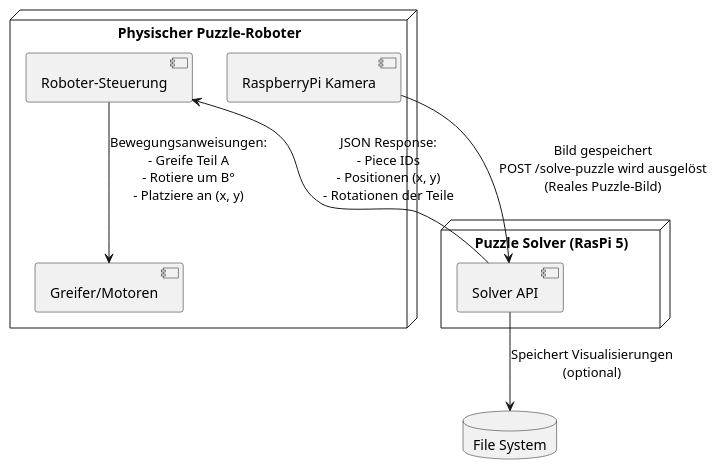
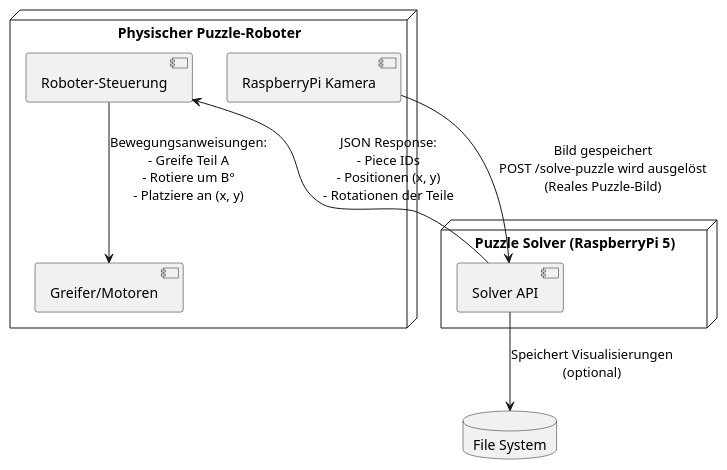
One commit to linomeyer/PREN-SIMULATOR changed the second of 2 diagrams in app/arc42_docs/chapters/3_kontext_und_abgrenzung.adoc. Above: the diagram before and after it, drawn with PlantUML. The commit also changed 3 other files, not shown here.

```diff
--- a/app/arc42_docs/chapters/3_kontext_und_abgrenzung.adoc
+++ b/app/arc42_docs/chapters/3_kontext_und_abgrenzung.adoc
@@ -53,21 +53,21 @@
 [plantuml, format=svg]
 ....
 @startuml
 node "Physischer Puzzle-Roboter" {
   [RaspberryPi Kamera] as Cam
   [Roboter-Steuerung] as RobotCtrl
   [Greifer/Motoren] as Hardware
 }
 
-node "Puzzle Solver (RasPi 5)" {
+node "Puzzle Solver (RaspberryPi 5)" {
   [Solver API] as Solver
 }
 
 database "File System" as FS
 
 Cam --> Solver : Bild gespeichert\nPOST /solve-puzzle wird ausgelöst\n(Reales Puzzle-Bild)
 Solver --> FS : Speichert Visualisierungen\n(optional)
 Solver --> RobotCtrl : JSON Response:\n- Piece IDs\n- Positionen (x, y)\n- Rotationen der Teile
 RobotCtrl --> Hardware : Bewegungsanweisungen:\n- Greife Teil A\n- Rotiere um B°\n- Platziere an (x, y)
 @enduml
 ....
```
